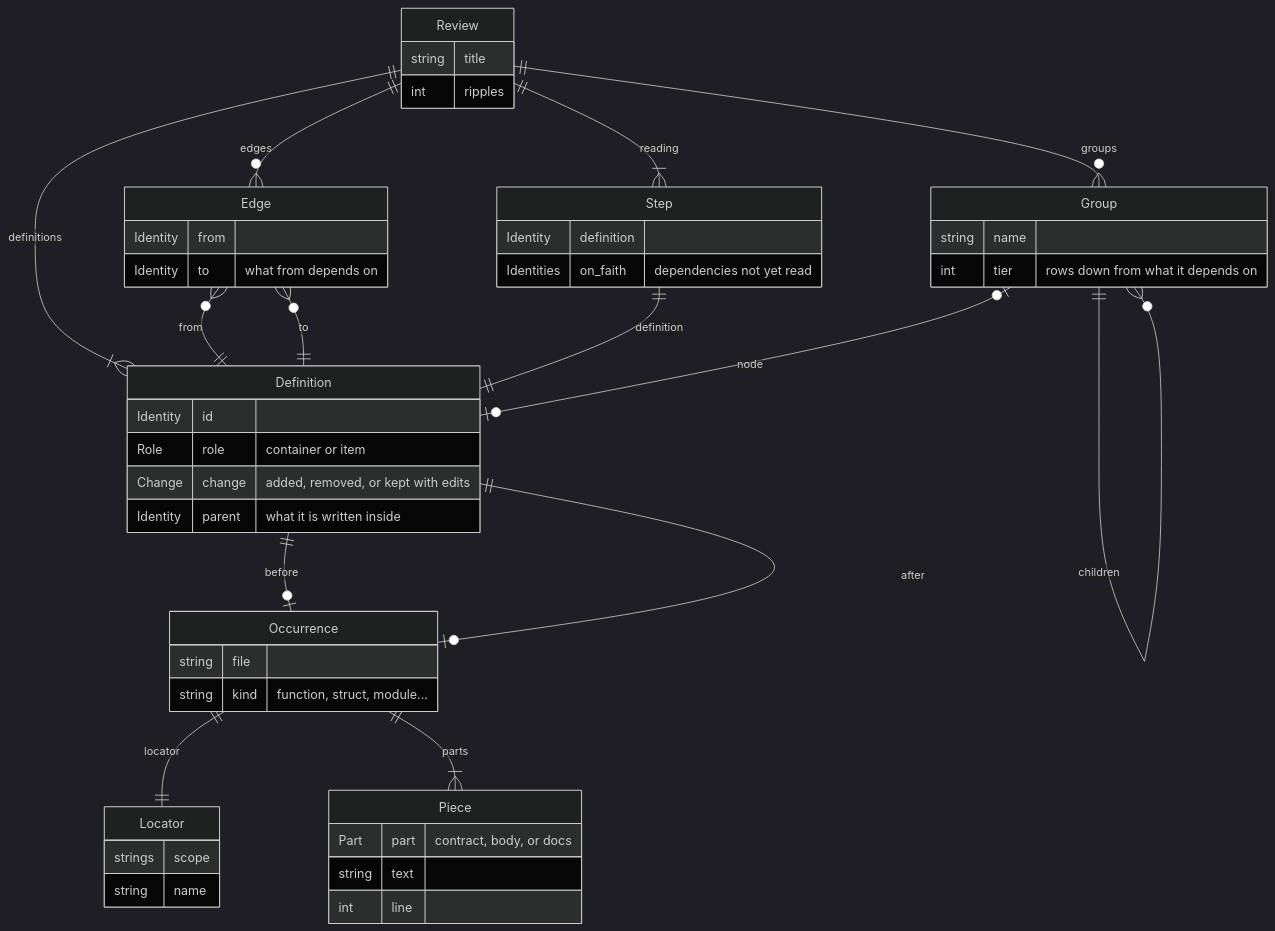
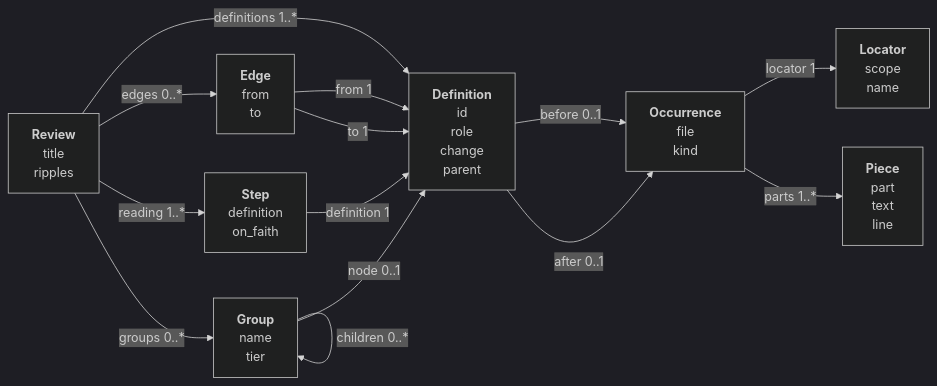
One commit to joshmoody24/dagger changed the diagram in docs/model.md. Above: the diagram before and after it, drawn with Mermaid (dark theme). The commit also changed other lines of this file, not shown here.

Commit message:
docs: the model as titled boxes with labelled arrows; how groups nest

````diff
--- a/docs/model.md
+++ b/docs/model.md
@@ -39,52 +39,25 @@
 ```mermaid
-erDiagram
-    Review ||--|{ Definition : "definitions"
-    Review ||--|{ Step : "reading"
-    Review ||--o{ Edge : "edges"
-    Review ||--o{ Group : "groups"
-    Definition ||--o| Occurrence : "before"
-    Definition ||--o| Occurrence : "after"
-    Occurrence ||--|| Locator : "locator"
-    Occurrence ||--|{ Piece : "parts"
-    Edge }o--|| Definition : "from"
-    Edge }o--|| Definition : "to"
-    Step ||--|| Definition : "definition"
-    Group ||--o{ Group : "children"
-    Group |o--o| Definition : "node"
+flowchart LR
+    Review["<b>Review</b><br>title<br>ripples"]
+    Definition["<b>Definition</b><br>id<br>role<br>change<br>parent"]
+    Occurrence["<b>Occurrence</b><br>file<br>kind"]
+    Locator["<b>Locator</b><br>scope<br>name"]
+    Piece["<b>Piece</b><br>part<br>text<br>line"]
+    Edge["<b>Edge</b><br>from<br>to"]
+    Step["<b>Step</b><br>definition<br>on_faith"]
+    Group["<b>Group</b><br>name<br>tier"]
 
-    Review {
-        string title
-        int ripples
-    }
-    Definition {
-        Identity id
-        Role role "container or item"
-        Change change "added, removed, or kept with edits"
-        Identity parent "what it is written inside"
-    }
-    Occurrence {
-        string file
-        string kind "function, struct, module..."
-    }
-    Locator {
-        strings scope
-        string name
-    }
-    Piece {
-        Part part "contract, body, or docs"
-        string text
-        int line
-    }
-    Edge {
-        Identity from
-        Identity to "what from depends on"
-    }
-    Step {
-        Identity definition
-        Identities on_faith "dependencies not yet read"
-    }
-    Group {
-        string name
-        int tier "rows down from what it depends on"
-    }
+    Review -- "definitions 1..*" --> Definition
+    Review -- "reading 1..*" --> Step
+    Review -- "edges 0..*" --> Edge
+    Review -- "groups 0..*" --> Group
+    Definition -- "before 0..1" --> Occurrence
+    Definition -- "after 0..1" --> Occurrence
+    Occurrence -- "locator 1" --> Locator
+    Occurrence -- "parts 1..*" --> Piece
+    Edge -- "from 1" --> Definition
+    Edge -- "to 1" --> Definition
+    Step -- "definition 1" --> Definition
+    Group -- "children 0..*" --> Group
+    Group -- "node 0..1" --> Definition
 ```
````
